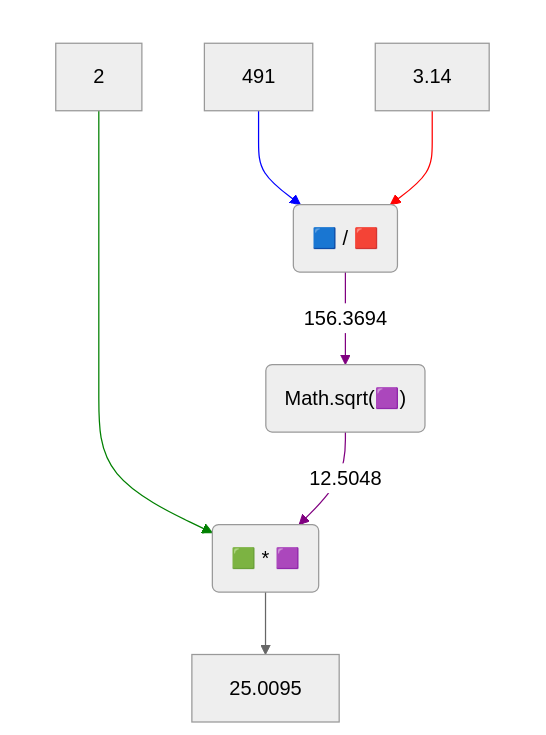
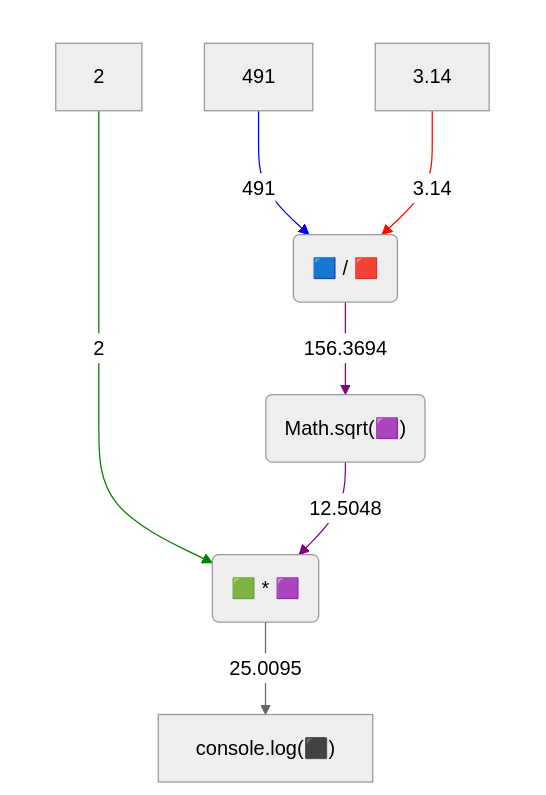
Before and after one commit to EugeneLoy/javascript-handbook: the diagram in Вирази - складніші вирази.md, drawn with Mermaid (neutral theme). The commit also changed 3 other files, not shown here.

Commit message:
updated charts

````diff
--- a/Вирази - складніші вирази.md
+++ b/Вирази - складніші вирази.md
@@ -42,28 +42,28 @@
 ```mermaid
 flowchart TD
     subgraph VALUES[" "]
       V1[2]
       V2[491]
       V3[3.14]
     end
 
-    O1(🟦 / 🟥)
-    O2("Math.sqrt(🟪)")
-    O3(🟩 * 🟪)
-    R1[25.0095]
+    E1(🟦 / 🟥)
+    E2("Math.sqrt(🟪)")
+    E3(🟩 * 🟪)
+    E4["console.log(⬛)"]
 
-    V2 --> O1
-    V3 --> O1
-    O1 -->|156.3694| O2
+    V2 -->|491| E1
+    V3 -->|3.14| E1
+    E1 -->|156.3694| E2
 
-    V1 --> O3
-    O2 -->|12.5048| O3
-    O3 --> R1
+    V1 -->|2| E3
+    E2 -->|12.5048| E3
+    E3 -->|25.0095| E4
 
 style VALUES stroke:none, fill:none
 linkStyle 0 stroke:blue
 linkStyle 1 stroke:red
 linkStyle 2 stroke:purple
 linkStyle 3 stroke:green
 linkStyle 4 stroke:purple
 ```
````
